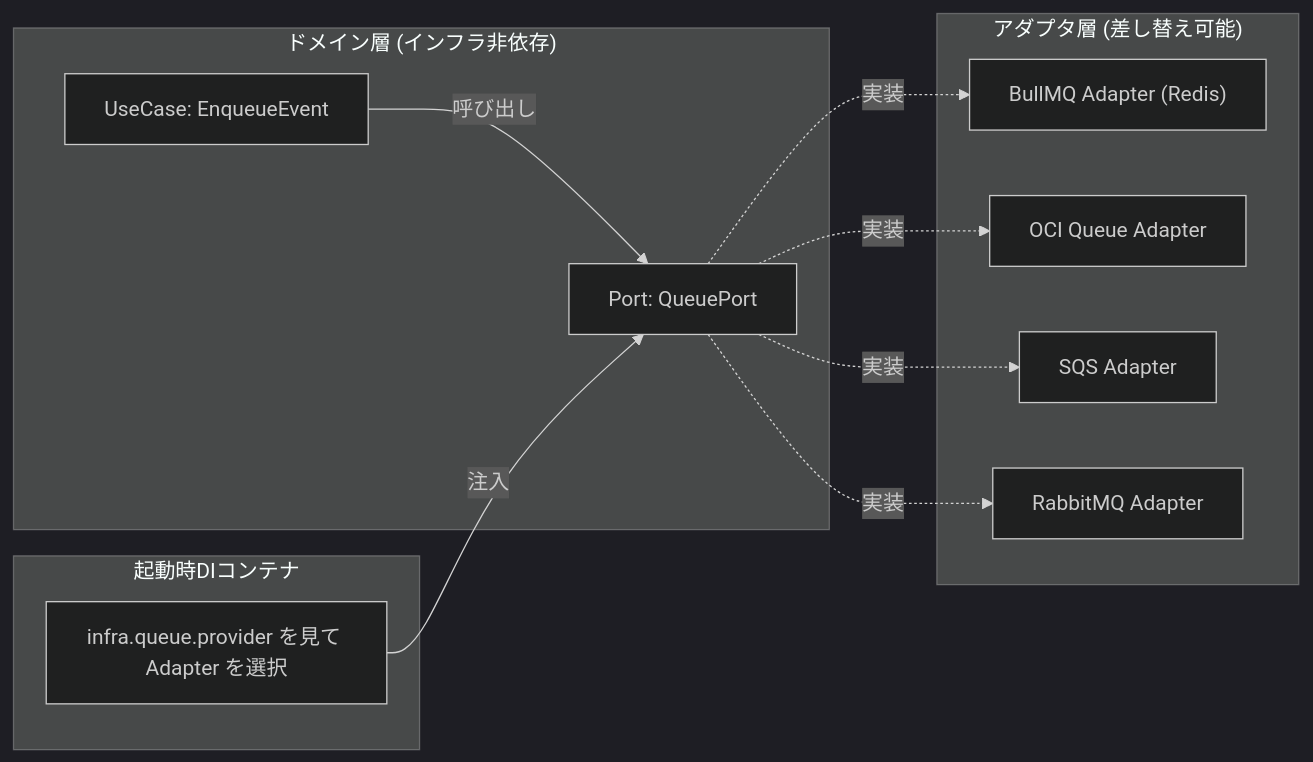
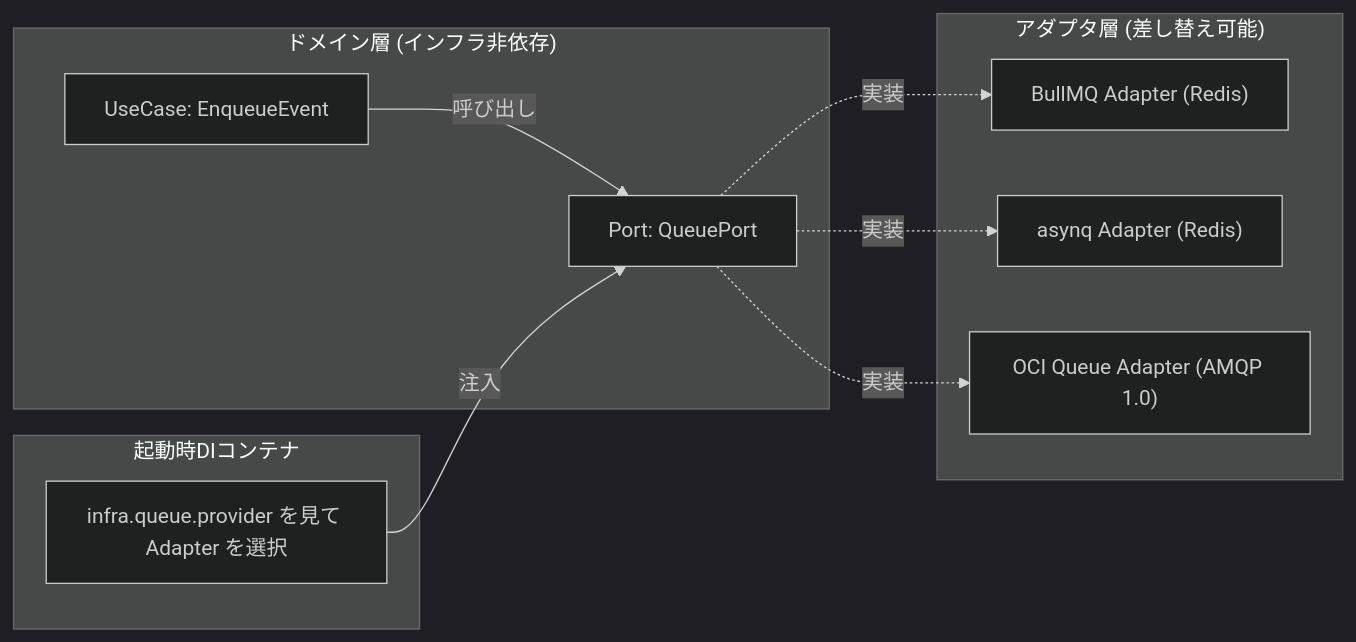
Before and after one commit to Willen-Federation/Recerdo-Developers-Docs: the diagram in docs/core/environment-abstraction.md, drawn with Mermaid (dark theme). The commit also changed other lines of this file and 44 other files, not shown here.

````diff
--- a/docs/core/environment-abstraction.md
+++ b/docs/core/environment-abstraction.md
@@ -155,25 +179,23 @@
 ```mermaid
 flowchart LR
   subgraph Domain["ドメイン層 (インフラ非依存)"]
     UC["UseCase: EnqueueEvent"]
     Port["Port: QueuePort"]
   end
 
   subgraph Adapters["アダプタ層 (差し替え可能)"]
     A1["BullMQ Adapter (Redis)"]
-    A2["OCI Queue Adapter"]
-    A3["SQS Adapter"]
-    A4["RabbitMQ Adapter"]
+    A2["asynq Adapter (Redis)"]
+    A3["OCI Queue Adapter (AMQP 1.0)"]
   end
 
   subgraph Config["起動時DIコンテナ"]
     DI["infra.queue.provider を見て Adapter を選択"]
   end
 
   UC -->|呼び出し| Port
   DI -->|注入| Port
   Port -.実装.-> A1
   Port -.実装.-> A2
   Port -.実装.-> A3
-  Port -.実装.-> A4
 ```
````
